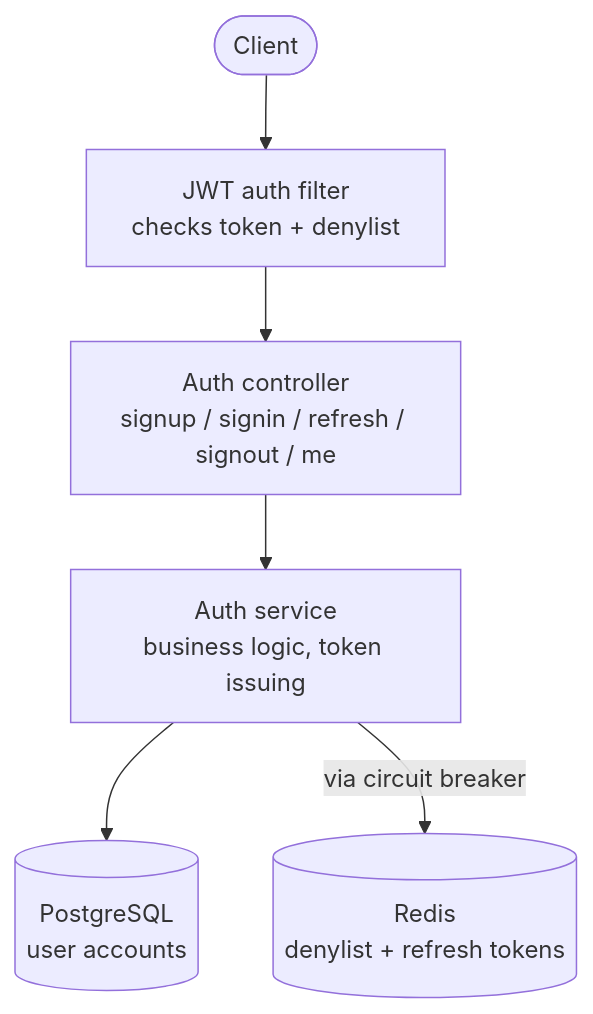
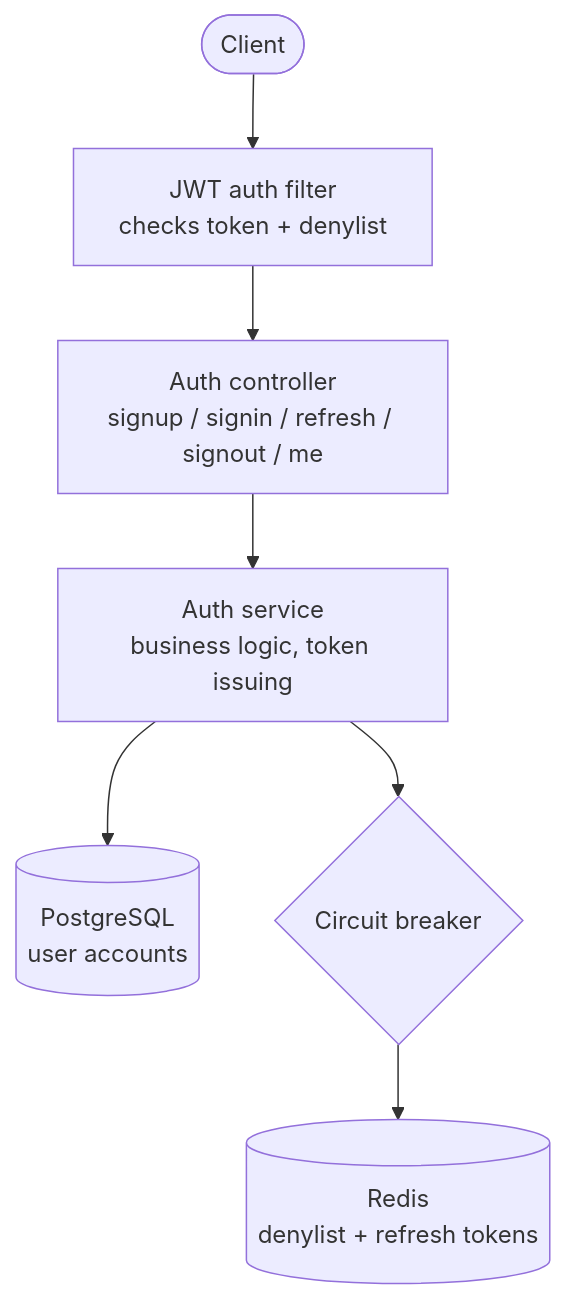
The diagram in README.md (nethunirajapakse/sawiya-auth-service), drawn with Mermaid before and after one commit.

Commit message:
Add circuit breaker to Redis calls in README
Updated architecture diagram in README to include circuit breaker for Redis calls.

````diff
--- a/README.md
+++ b/README.md
@@ -22,13 +22,15 @@
 ```mermaid
 flowchart TD
     Client(["Client"])
     Filter["JWT auth filter<br/>checks token + denylist"]
     Controller["Auth controller<br/>signup / signin / refresh / signout / me"]
     Service["Auth service<br/>business logic, token issuing"]
     Postgres[("PostgreSQL<br/>user accounts")]
     Redis[("Redis<br/>denylist + refresh tokens")]
+    CircuitBreaker{"Circuit breaker"}
 
     Client --> Filter --> Controller --> Service
     Service --> Postgres
-    Service -- "via circuit breaker" --> Redis
+    Service --> CircuitBreaker
+    CircuitBreaker --> Redis
 ```
````
